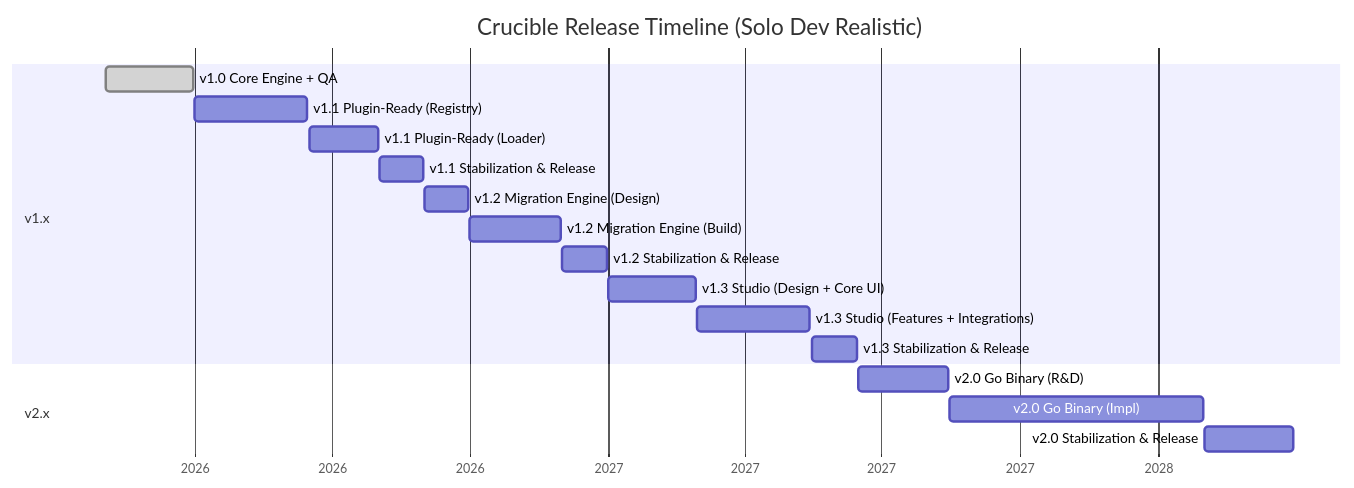
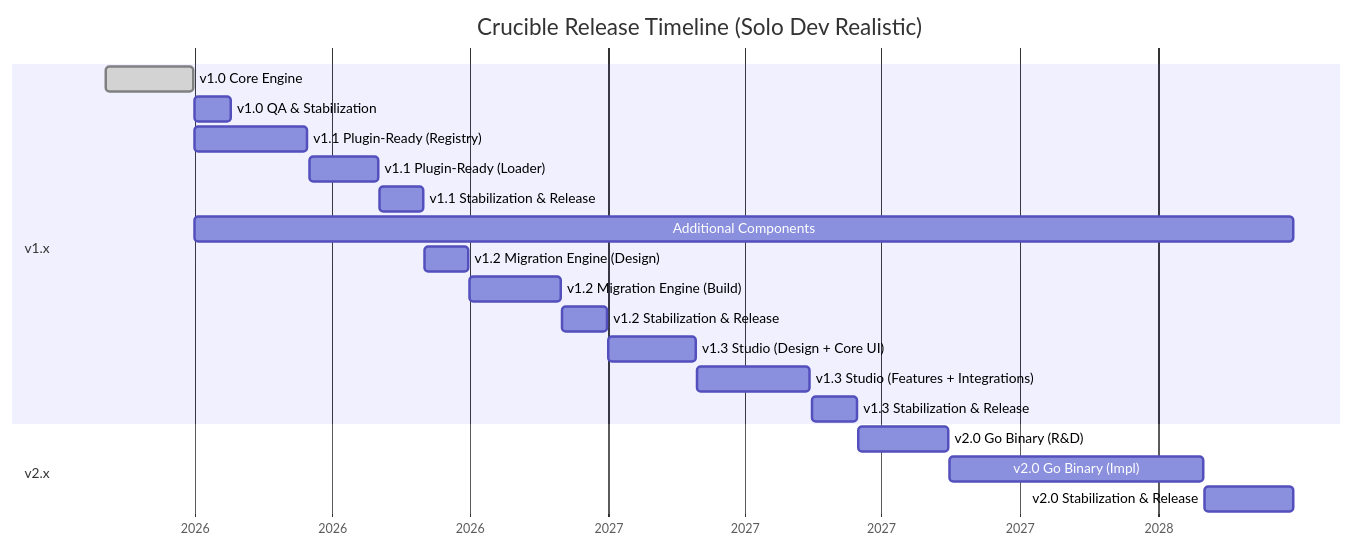
The first of 4 diagrams in ROADMAP.md (Naveen2070/project_crucible), drawn with Mermaid before and after one commit. The commit also changed other lines of this file, not shown here.

First line of the commit message:
docs: add v1.0 QA period and additional components timeline

````diff
--- a/ROADMAP.md
+++ b/ROADMAP.md
@@ -58,28 +78,31 @@
 ```mermaid
 gantt
     title Crucible Release Timeline (Solo Dev Realistic)
     dateFormat  YYYY-MM-DD
     axisFormat  %Y
 
     section v1.x
 
-    v1.0 Core Engine + QA       :done, 2026-02-01, 2026-03-31
+    v1.0 Core Engine           :done, 2026-02-01, 2026-03-31
+    v1.0 QA & Stabilization    :2026-04-01, 2026-04-25
 
     v1.1 Plugin-Ready (Registry):2026-04-01, 2026-06-15
     v1.1 Plugin-Ready (Loader)  :2026-06-16, 2026-08-01
     v1.1 Stabilization & Release:2026-08-02, 2026-08-31
+
+    Additional Components       :2026-04-01, 2028-03-31
 
     v1.2 Migration Engine (Design) :2026-09-01, 2026-09-30
     v1.2 Migration Engine (Build)  :2026-10-01, 2026-11-30
     v1.2 Stabilization & Release   :2026-12-01, 2026-12-31
 
     v1.3 Studio (Design + Core UI) :2027-01-01, 2027-02-28
     v1.3 Studio (Features + Integrations) :2027-03-01, 2027-05-15
     v1.3 Stabilization & Release   :2027-05-16, 2027-06-15
 
     section v2.x
 
     v2.0 Go Binary (R&D)       :2027-06-16, 2027-08-15
     v2.0 Go Binary (Impl)      :2027-08-16, 2028-01-31
     v2.0 Stabilization & Release:2028-02-01, 2028-03-31
 ```
````
